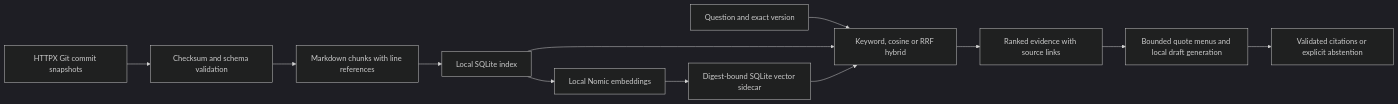
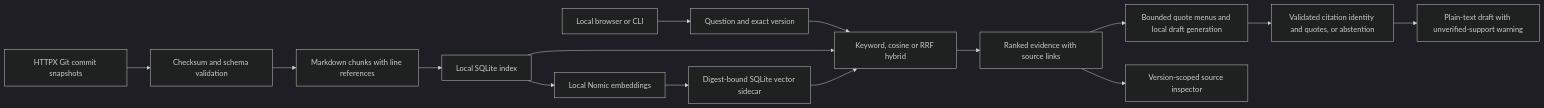
The diagram in docs/ARCHITECTURE.md (UttamBhavani007/versionlens), drawn with Mermaid (dark theme) before and after one commit. The commit also changed other lines of this file and 18 other files, not shown here.

Commit message:
test: record local API and browser verification with actual screenshots

````diff
--- a/docs/ARCHITECTURE.md
+++ b/docs/ARCHITECTURE.md
@@ -5,14 +5,17 @@
 ```mermaid
 flowchart LR
     A[HTTPX Git commit snapshots] --> B[Checksum and schema validation]
     B --> C[Markdown chunks with line references]
     C --> D[Local SQLite index]
-    E[Question and exact version] --> F[Keyword, cosine or RRF hybrid]
+    L[Local browser or CLI] --> E[Question and exact version]
+    E --> F[Keyword, cosine or RRF hybrid]
     D --> F
     D --> H[Local Nomic embeddings]
     H --> I[Digest-bound SQLite vector sidecar]
     I --> F
     F --> G[Ranked evidence with source links]
     G --> J[Bounded quote menus and local draft generation]
-    J --> K[Validated citations or explicit abstention]
+    J --> K[Validated citation identity and quotes, or abstention]
+    G --> M[Version-scoped source inspector]
+    K --> N[Plain-text draft with unverified-support warning]
 ```
````
